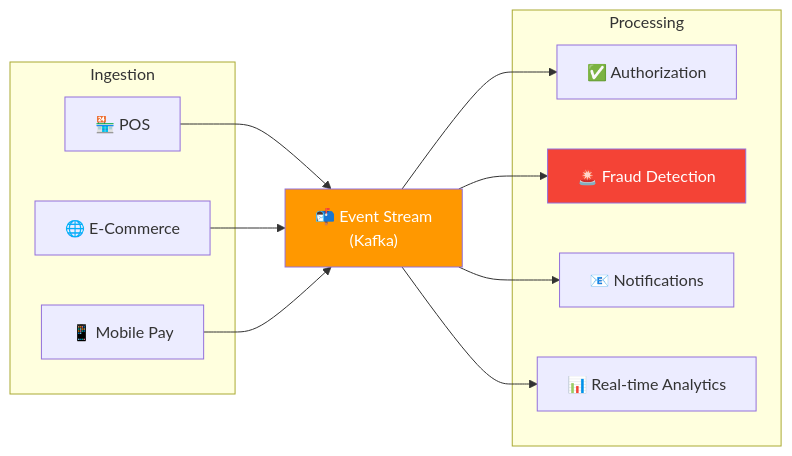
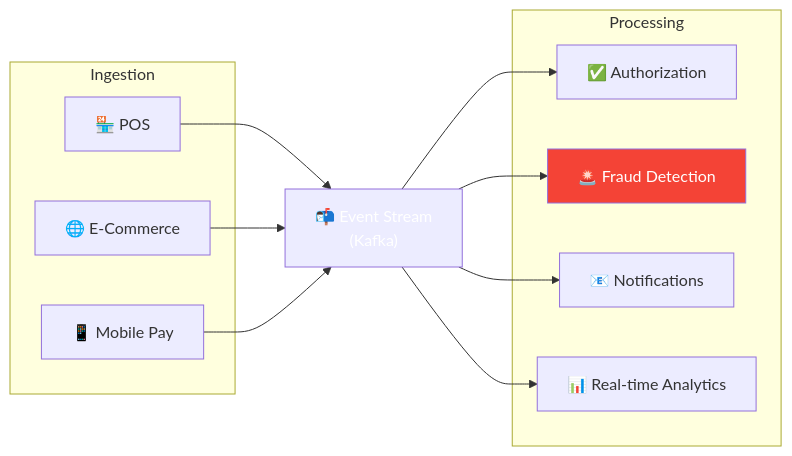
The sixth of 11 diagrams in docs/formations/cloud-fundamentals/07-module.md (VBlackJack/ShellBook), drawn with Mermaid before and after one commit. The commit also changed other lines of this file and 337 other files, not shown here.

First line of the commit message:
refactor(docs): Standardize code blocks and Mermaid colors

````diff
--- a/docs/formations/cloud-fundamentals/07-module.md
+++ b/docs/formations/cloud-fundamentals/07-module.md
@@ -218,29 +218,29 @@
 ```mermaid
 graph LR
     subgraph "Ingestion"
         POS["🏪 POS"]
         ECOM["🌐 E-Commerce"]
         MOBILE["📱 Mobile Pay"]
     end
 
     STREAM["📬 Event Stream<br/>(Kafka)"]
 
     subgraph "Processing"
         AUTH["✅ Authorization"]
         FRAUD["🚨 Fraud Detection"]
         NOTIF["📧 Notifications"]
         ANALYTICS["📊 Real-time Analytics"]
     end
 
     POS --> STREAM
     ECOM --> STREAM
     MOBILE --> STREAM
 
     STREAM --> AUTH
     STREAM --> FRAUD
     STREAM --> NOTIF
     STREAM --> ANALYTICS
 
-    style STREAM fill:#ff9800,color:#fff
+    style STREAM fill:#FF9800800800,color:#fff
     style FRAUD fill:#f44336,color:#fff
 ```
````
